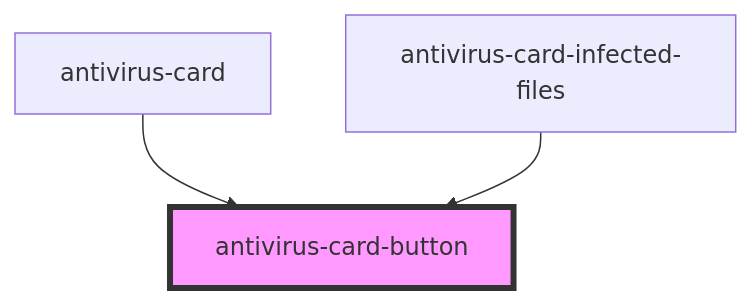
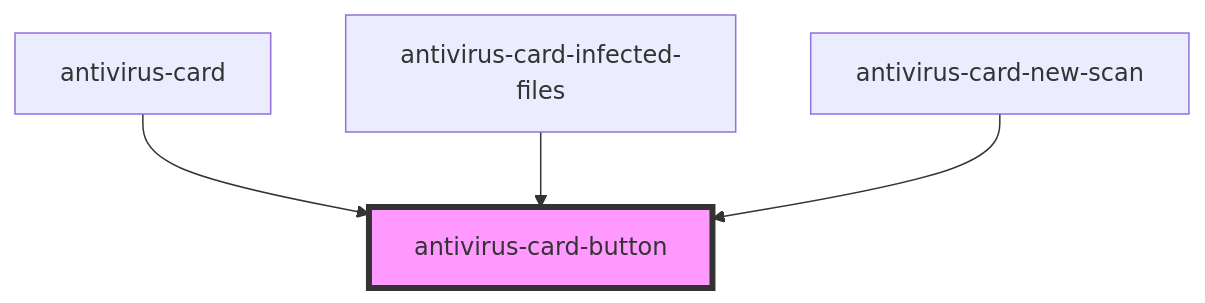
The diagram in client/packages/antivirus-card/src/components/button/readme.md (ispsystem/plugin-imunify), drawn with Mermaid before and after one commit. The commit also changed other lines of this file and 30 other files, not shown here.

````diff
--- a/client/packages/antivirus-card/src/components/button/readme.md
+++ b/client/packages/antivirus-card/src/components/button/readme.md
@@ -26,6 +27,7 @@
 ```mermaid
 graph TD;
   antivirus-card --> antivirus-card-button
   antivirus-card-infected-files --> antivirus-card-button
+  antivirus-card-new-scan --> antivirus-card-button
   style antivirus-card-button fill:#f9f,stroke:#333,stroke-width:4px
 ```
````
